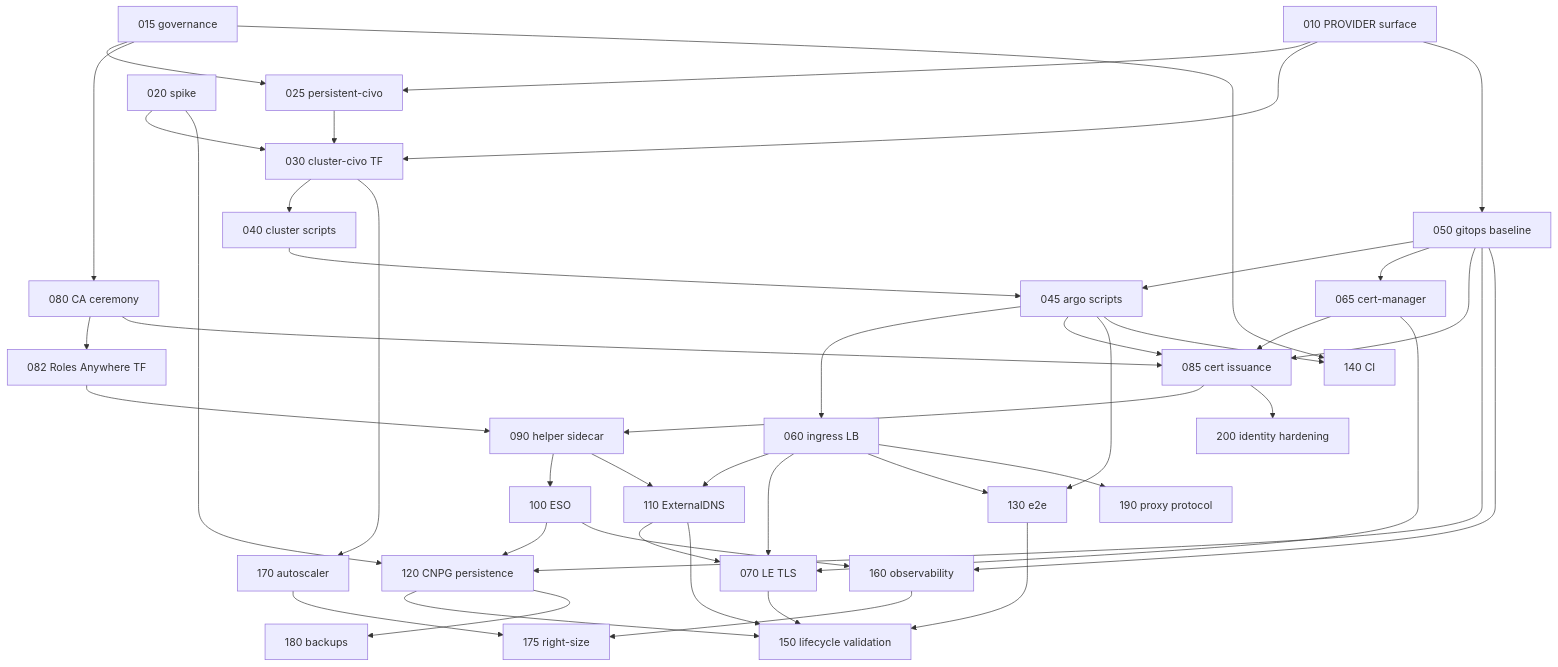
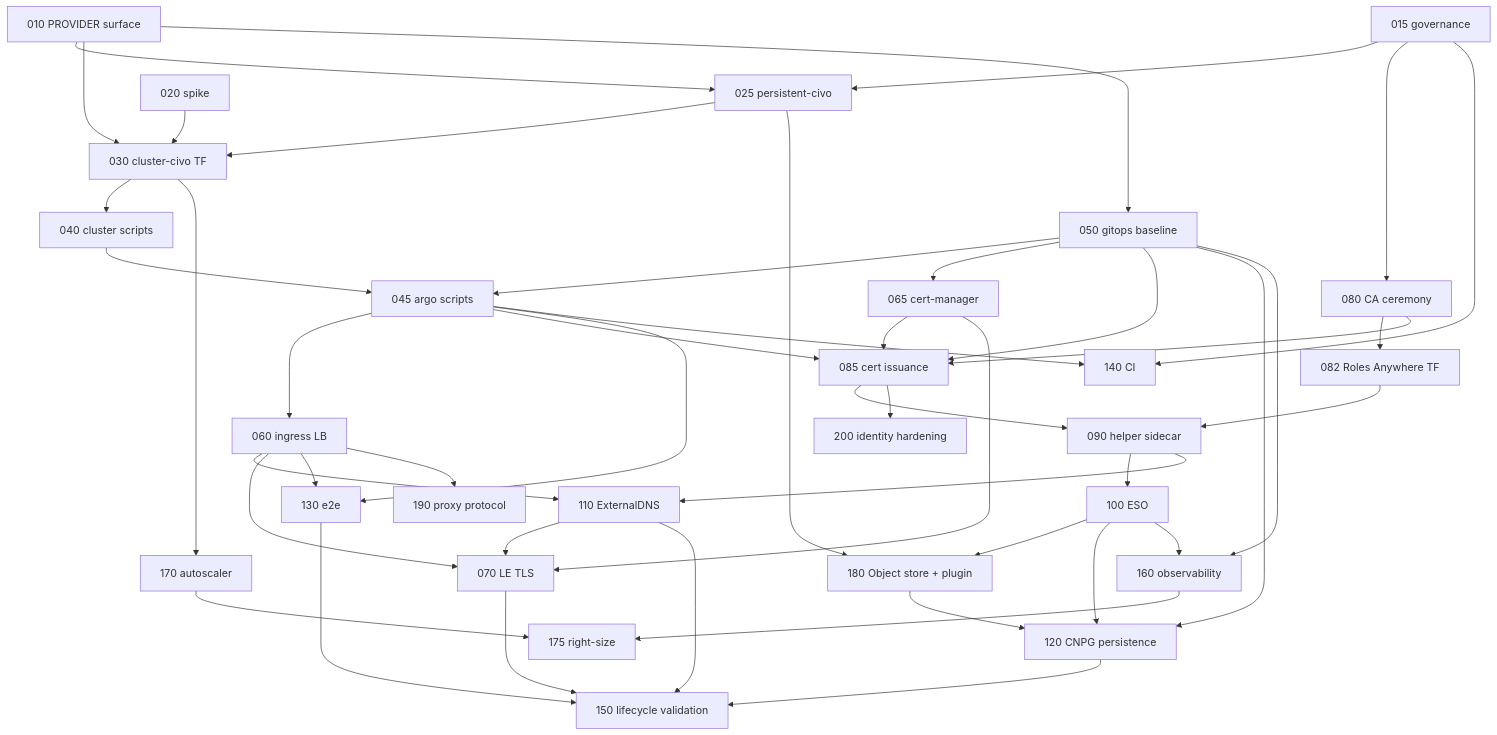
The diagram in specs/civo/roadmap.md (savak1990/vk-lab-platform), drawn with Mermaid before and after one commit. The commit also changed other lines of this file and 16 other files, not shown here.

First line of the commit message:
Redesign Civo persistence around object-store backups; apply kubernetes review

````diff
--- a/specs/civo/roadmap.md
+++ b/specs/civo/roadmap.md
@@ -13,47 +13,48 @@
 ```mermaid
 flowchart TD
   010[010 PROVIDER surface] --> 025[025 persistent-civo]
   015[015 governance] --> 025
   015 --> 080[080 CA ceremony]
   015 --> 140[140 CI]
   020[020 spike] --> 030[030 cluster-civo TF]
   025 --> 030
   010 --> 030
   010 --> 050[050 gitops baseline]
   030 --> 040[040 cluster scripts]
   030 --> 170[170 autoscaler]
   040 --> 045[045 argo scripts]
   050 --> 045
   045 --> 060[060 ingress LB]
   050 --> 065[065 cert-manager]
   080 --> 082[082 Roles Anywhere TF]
   045 --> 085[085 cert issuance]
   050 --> 085
   065 --> 085
   080 --> 085
   082 --> 090[090 helper sidecar]
   085 --> 090
   090 --> 100[100 ESO]
   090 --> 110[110 ExternalDNS]
   060 --> 110
   060 --> 070[070 LE TLS]
   065 --> 070
   110 --> 070
-  020 --> 120[120 CNPG persistence]
-  050 --> 120
+  025 --> 180[180 Object store + plugin]
+  100 --> 180
+  050 --> 120[120 CNPG persistence]
   100 --> 120
+  180 --> 120
   045 --> 130[130 e2e]
   060 --> 130
   045 --> 140
   050 --> 160[160 observability]
   100 --> 160
   120 --> 150[150 lifecycle validation]
   110 --> 150
   070 --> 150
   130 --> 150
   160 --> 175[175 right-size]
   170 --> 175
-  120 --> 180[180 backups]
   060 --> 190[190 proxy protocol]
   085 --> 200[200 identity hardening]
 ```
````
